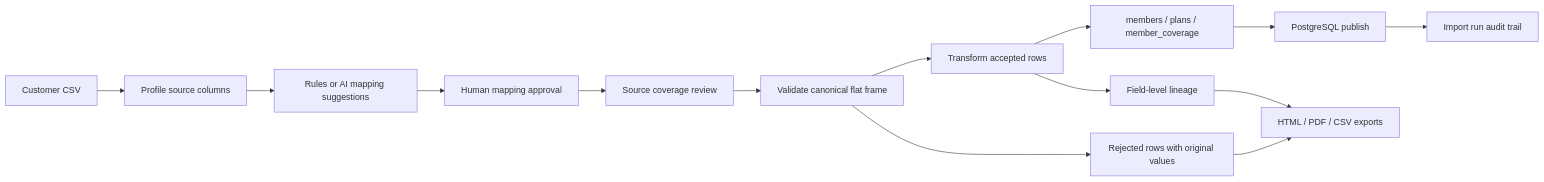
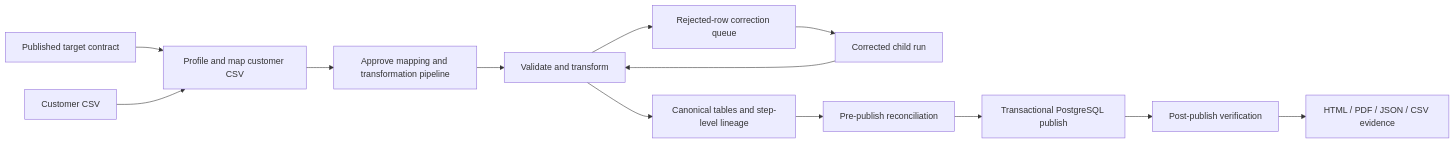
One commit to atulk1000/customer-data-onboarding-copilot changed the diagram in README.md. Above: the diagram before and after it, drawn with Mermaid. The commit also changed other lines of this file and 26 other files, not shown here.

Commit message:
Implement contract-driven onboarding and reconciliation

````diff
--- a/README.md
+++ b/README.md
@@ -41,16 +56,15 @@
 ```mermaid
 flowchart LR
-    A["Customer CSV"] --> B["Profile source columns"]
-    B --> C["Rules or AI mapping suggestions"]
-    C --> D["Human mapping approval"]
-    D --> E["Source coverage review"]
-    E --> F["Validate canonical flat frame"]
-    F --> G["Transform accepted rows"]
-    F --> H["Rejected rows with original values"]
-    G --> I["members / plans / member_coverage"]
-    G --> J["Field-level lineage"]
-    I --> K["PostgreSQL publish"]
-    H --> L["HTML / PDF / CSV exports"]
-    J --> L
-    K --> M["Import run audit trail"]
+    A["Published target contract"] --> C["Profile and map customer CSV"]
+    B["Customer CSV"] --> C
+    C --> D["Approve mapping and transformation pipeline"]
+    D --> E["Validate and transform"]
+    E --> F["Canonical tables and step-level lineage"]
+    E --> G["Rejected-row correction queue"]
+    G --> H["Corrected child run"]
+    H --> E
+    F --> I["Pre-publish reconciliation"]
+    I --> J["Transactional PostgreSQL publish"]
+    J --> K["Post-publish verification"]
+    K --> L["HTML / PDF / JSON / CSV evidence"]
 ```
````
